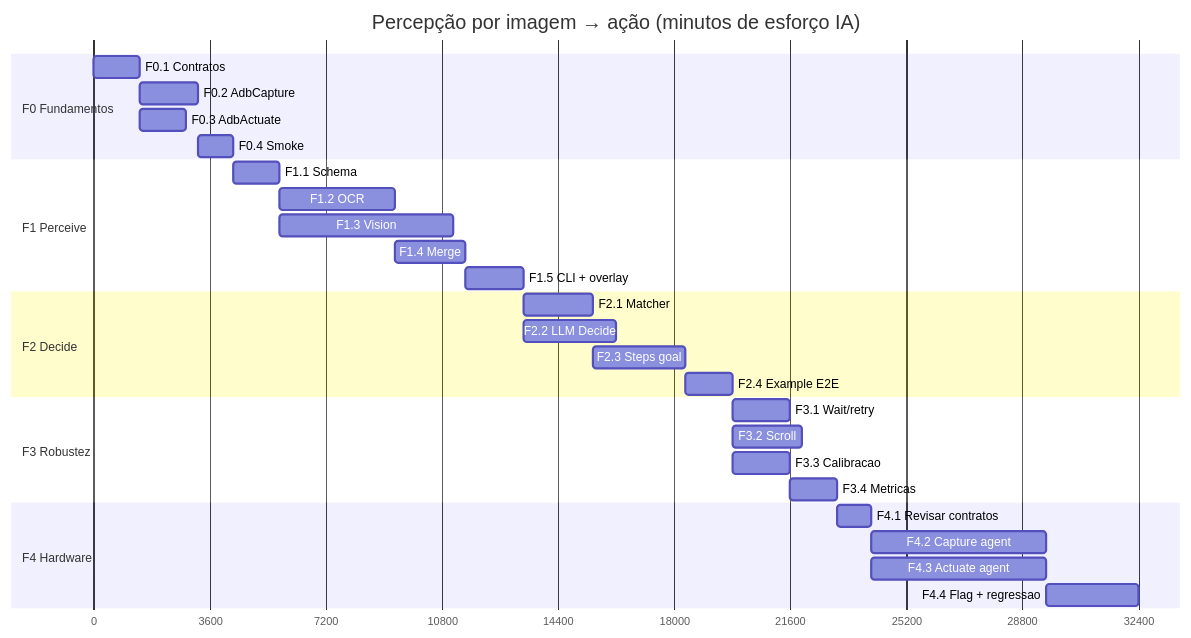
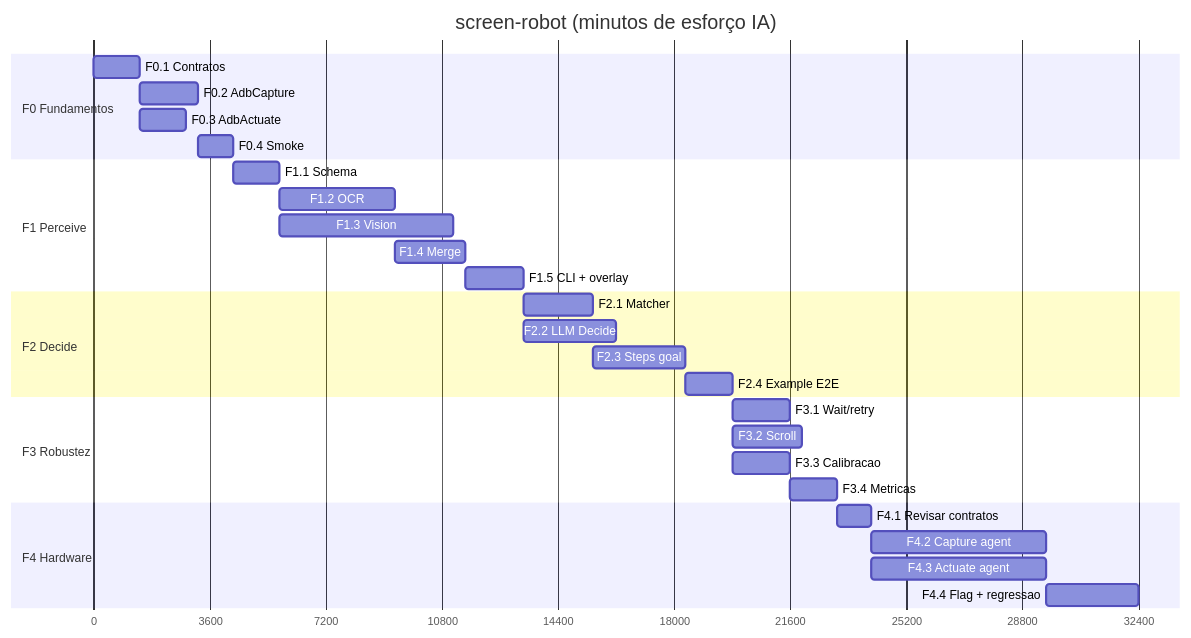
One commit to laerciogermano/workstation changed the second of 3 diagrams in core/tasks/README.md. Above: the diagram before and after it, drawn with Mermaid. The commit also changed other lines of this file and 44 other files, not shown here.

Commit message:
Separa o ConnectMax em screen-robot (tela) e vendas (processo comercial).

````diff
--- a/core/tasks/README.md
+++ b/core/tasks/README.md
@@ -69,37 +69,37 @@
 ```mermaid
 gantt
-  title Percepção por imagem → ação (minutos de esforço IA)
+  title screen-robot (minutos de esforço IA)
   dateFormat X
   axisFormat %s
 
   section F0 Fundamentos
   F0.1 Contratos           :a01, 0, 24m
   F0.2 AdbCapture          :a02, after a01, 30m
   F0.3 AdbActuate          :a03, after a01, 24m
   F0.4 Smoke               :a04, after a02, 18m
 
   section F1 Perceive
   F1.1 Schema              :b01, after a04, 24m
   F1.2 OCR                 :b02, after b01, 60m
   F1.3 Vision              :b03, after b01, 90m
   F1.4 Merge               :b04, after b02, 36m
   F1.5 CLI + overlay       :b05, after b04, 30m
 
   section F2 Decide
   F2.1 Matcher             :c01, after b05, 36m
   F2.2 LLM Decide          :c02, after b05, 48m
   F2.3 Steps goal          :c03, after c01, 48m
   F2.4 Example E2E         :c04, after c03, 24m
 
   section F3 Robustez
   F3.1 Wait/retry          :d01, after c04, 30m
   F3.2 Scroll              :d02, after c04, 36m
   F3.3 Calibracao          :d03, after c04, 30m
   F3.4 Metricas            :d04, after d01, 24m
 
   section F4 Hardware
   F4.1 Revisar contratos   :e01, after d04, 18m
   F4.2 Capture agent       :e02, after e01, 90m
   F4.3 Actuate agent       :e03, after e01, 90m
   F4.4 Flag + regressao    :e04, after e02, 48m
 ```
````
